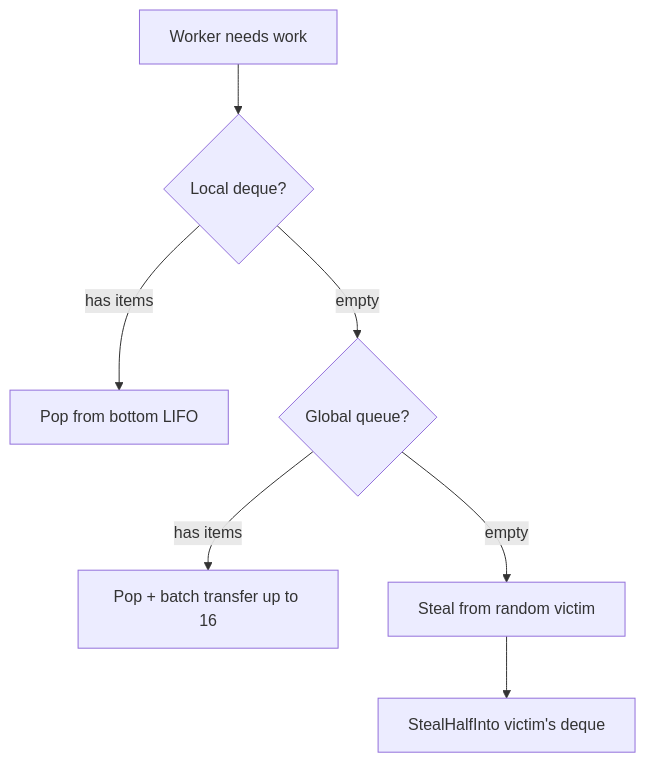
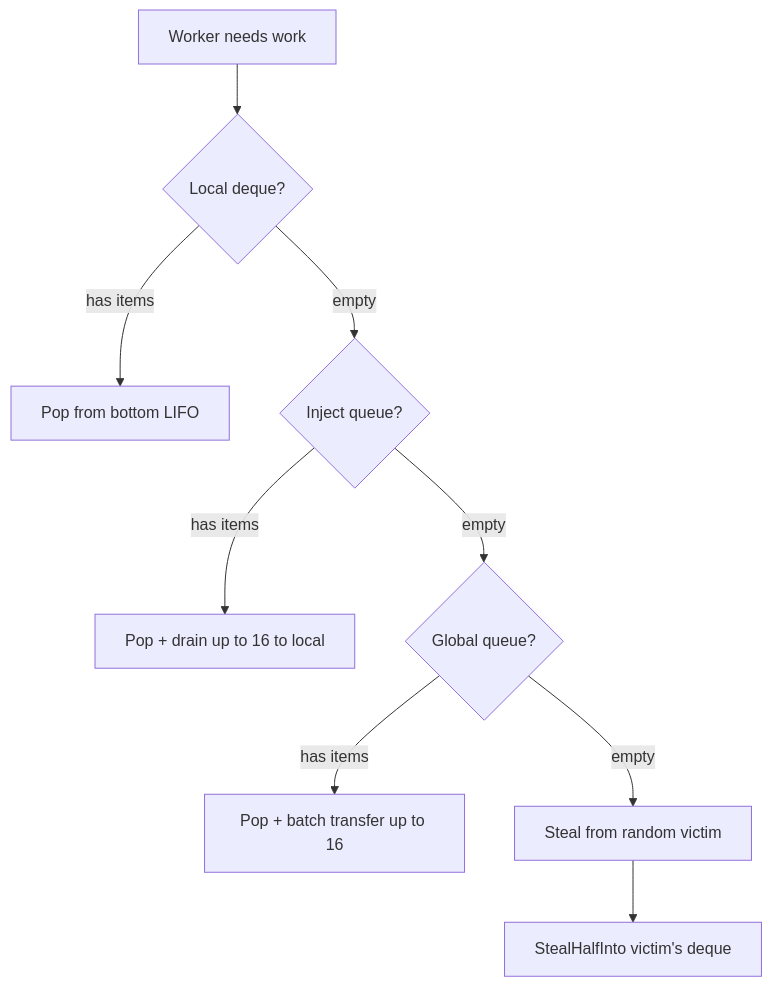
The first of 2 diagrams in en/internals/scheduler.md (wippyai/docs), drawn with Mermaid before and after one commit. The commit also changed other lines of this file and 65 other files, not shown here.

````diff
--- a/en/internals/scheduler.md
+++ b/en/internals/scheduler.md
@@ -42,9 +42,11 @@
 ```mermaid
 flowchart TD
     W[Worker needs work] --> L{Local deque?}
     L -->|has items| LP[Pop from bottom LIFO]
-    L -->|empty| G{Global queue?}
+    L -->|empty| I{Inject queue?}
+    I -->|has items| IP[Pop + drain up to 16 to local]
+    I -->|empty| G{Global queue?}
     G -->|has items| GP[Pop + batch transfer up to 16]
     G -->|empty| S[Steal from random victim]
     S --> SH[StealHalfInto victim's deque]
 ```
````
